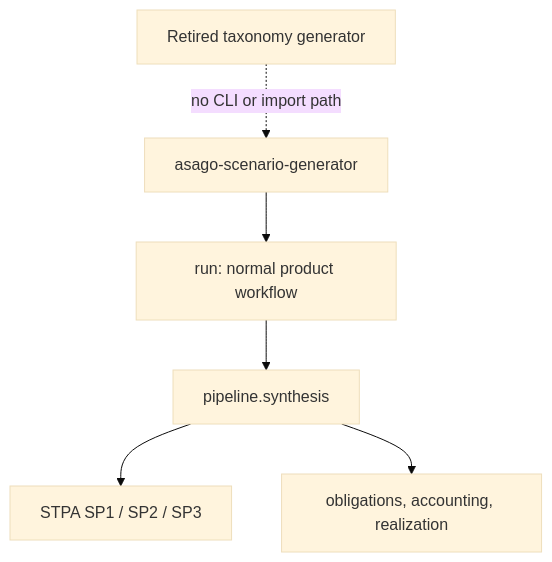
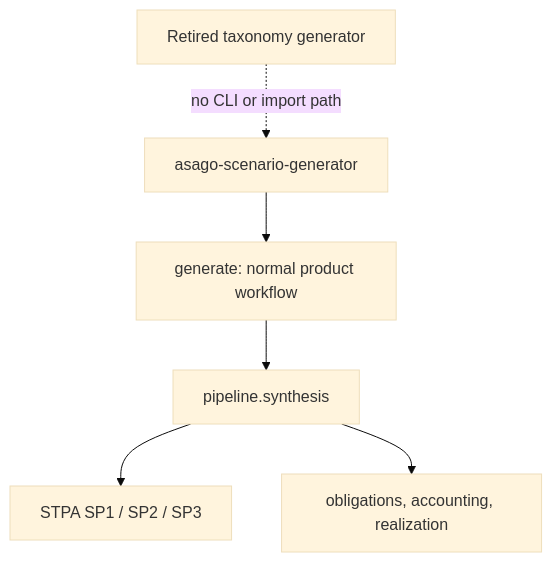
One commit to hjrnunes/asago-scenario-generator changed the second of 2 diagrams in docs/architecture/data-flow-diagrams.md. Above: the diagram before and after it, drawn with Mermaid (base theme).

Commit message:
docs(architecture): draw the generate command, not the removed run command, in the data-flow diagram

````diff
--- a/docs/architecture/data-flow-diagrams.md
+++ b/docs/architecture/data-flow-diagrams.md
@@ -56,12 +56,12 @@
 ```mermaid
 flowchart TB
     CLI[asago-scenario-generator]
-    CLI --> RUN[run: normal product workflow]
+    CLI --> GEN[generate: normal product workflow]
 
-    RUN --> SYN[pipeline.synthesis]
+    GEN --> SYN[pipeline.synthesis]
     SYN --> STPA[STPA SP1 / SP2 / SP3]
     SYN --> PHASES[obligations, accounting, realization]
 
     OLD[Retired taxonomy generator]
     OLD -. no CLI or import path .-> CLI
 ```
````
